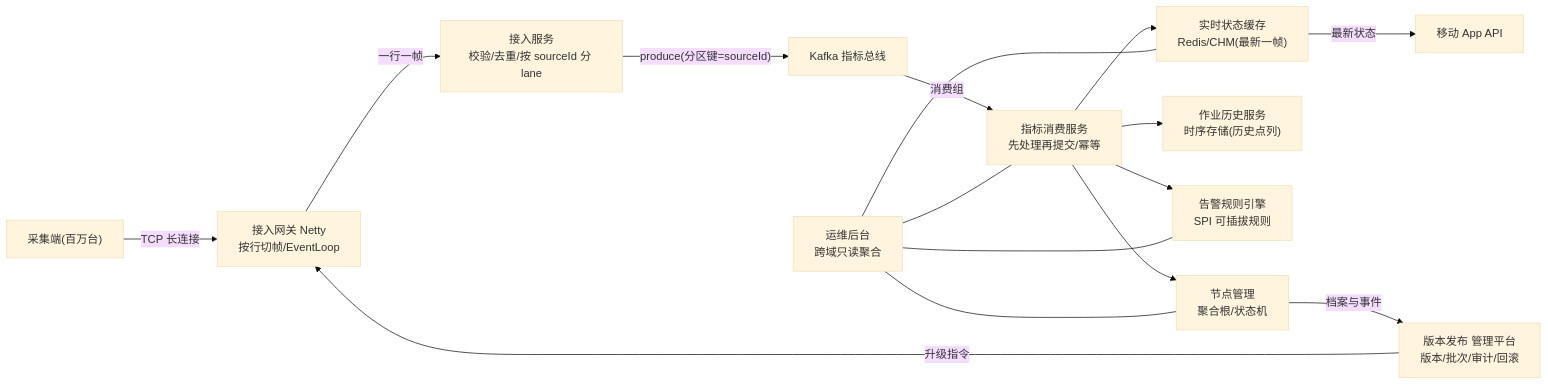
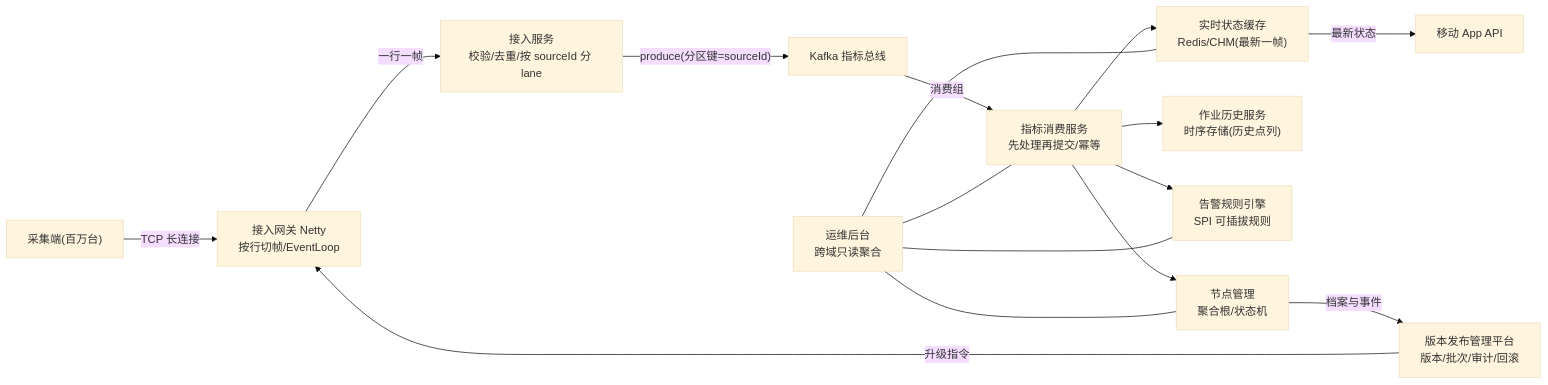
The diagram in languages/java/ph21-data-platform/21-data-platform.md (Mosslau/Mosaic), drawn with Mermaid (base theme) before and after one commit. The commit also changed other lines of this file and 29 other files, not shown here.

````diff
--- a/languages/java/ph21-data-platform/21-data-platform.md
+++ b/languages/java/ph21-data-platform/21-data-platform.md
@@ -397,15 +397,15 @@
 ```mermaid
 flowchart LR
     V["采集端(百万台)"] -->|"TCP 长连接"| GW["接入网关 Netty<br/>按行切帧/EventLoop"]
     GW -->|"一行一帧"| IN["接入服务<br/>校验/去重/按 sourceId 分 lane"]
     IN -->|"produce(分区键=sourceId)"| K["Kafka 指标总线"]
     K -->|"消费组"| C["指标消费服务<br/>先处理再提交/幂等"]
     C --> S["实时状态缓存<br/>Redis/CHM(最新一帧)"]
     C --> T["作业历史服务<br/>时序存储(历史点列)"]
     C --> A["告警规则引擎<br/>SPI 可插拔规则"]
     S -->|"最新状态"| M["移动 App API"]
-    O["版本发布 管理平台<br/>版本/批次/审计/回滚"] -->|"升级指令"| GW
+    O["版本发布管理平台<br/>版本/批次/审计/回滚"] -->|"升级指令"| GW
     D["节点管理<br/>聚合根/状态机"] -->|"档案与事件"| O
     C --> D
     OPS["运维后台<br/>跨域只读聚合"] --- S & A & D & C
 ```
````
